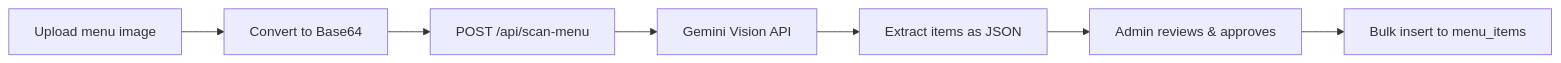
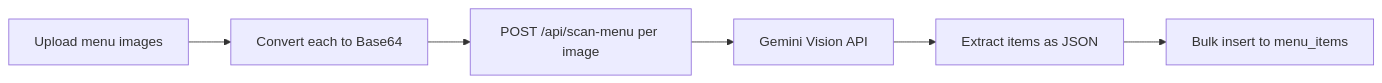
The fifth of 5 diagrams in README.md (justkalesh/foodhunt101), drawn with Mermaid before and after one commit. The commit also changed other lines of this file, not shown here.

````diff
--- a/README.md
+++ b/README.md
@@ -309,9 +326,8 @@
 ```mermaid
 flowchart LR
-    A[Upload menu image] --> B[Convert to Base64]
-    B --> C[POST /api/scan-menu]
+    A[Upload menu images] --> B[Convert each to Base64]
+    B --> C[POST /api/scan-menu per image]
     C --> D[Gemini Vision API]
     D --> E[Extract items as JSON]
-    E --> F[Admin reviews & approves]
-    F --> G[Bulk insert to menu_items]
+    E --> F[Bulk insert to menu_items]
 ```
````
